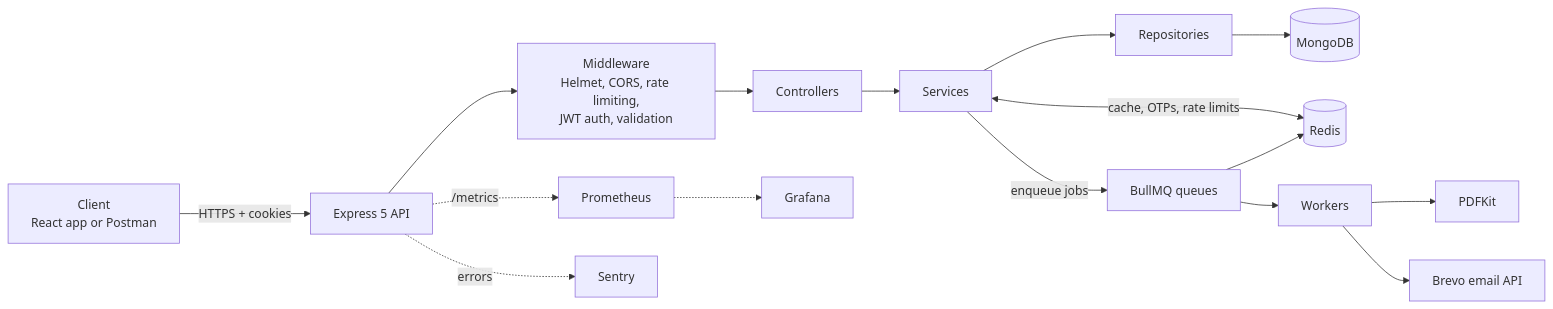
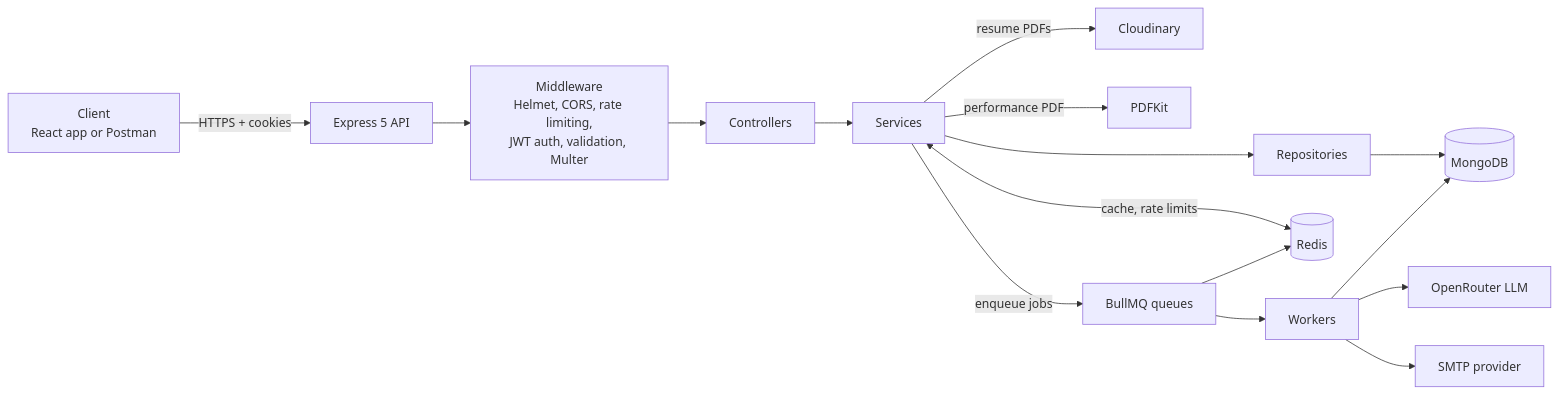
One commit to nikhilsingh2764/AI-Driven-Talent-Evaluation-Interview-Service changed the first of 7 diagrams in README.md. Above: the diagram before and after it, drawn with Mermaid. The commit also changed other lines of this file, not shown here.

````diff
--- a/README.md
+++ b/README.md
@@ -80,20 +97,20 @@
 ```mermaid
 flowchart LR
     Client["Client<br/>React app or Postman"] -->|HTTPS + cookies| API["Express 5 API"]
 
-    API --> MW["Middleware<br/>Helmet, CORS, rate limiting,<br/>JWT auth, validation"]
+    API --> MW["Middleware<br/>Helmet, CORS, rate limiting,<br/>JWT auth, validation, Multer"]
     MW --> CTRL["Controllers"]
     CTRL --> SVC["Services"]
     SVC --> REPO["Repositories"]
     REPO --> DB[("MongoDB")]
 
-    SVC <-->|cache, OTPs, rate limits| REDIS[("Redis")]
+    SVC <-->|cache, rate limits| REDIS[("Redis")]
+    SVC -->|resume PDFs| CLOUD["Cloudinary"]
+    SVC -->|performance PDF| PDFKIT["PDFKit"]
     SVC -->|enqueue jobs| QUEUES["BullMQ queues"]
     QUEUES --> REDIS
     QUEUES --> WORKERS["Workers"]
-    WORKERS --> PDF["PDFKit"]
-    WORKERS --> BREVO["Brevo email API"]
-
-    API -.->|/metrics| PROM["Prometheus"] -.-> GRAF["Grafana"]
-    API -.->|errors| SENTRY["Sentry"]
+    WORKERS --> LLM["OpenRouter LLM"]
+    WORKERS --> SMTP["SMTP provider"]
+    WORKERS --> DB
 ```
````
